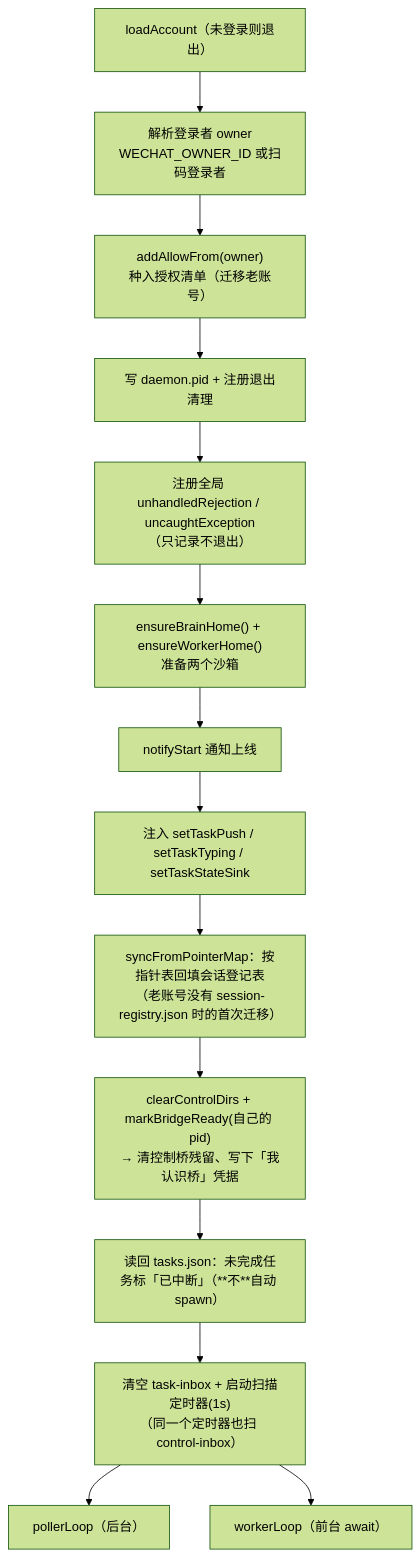
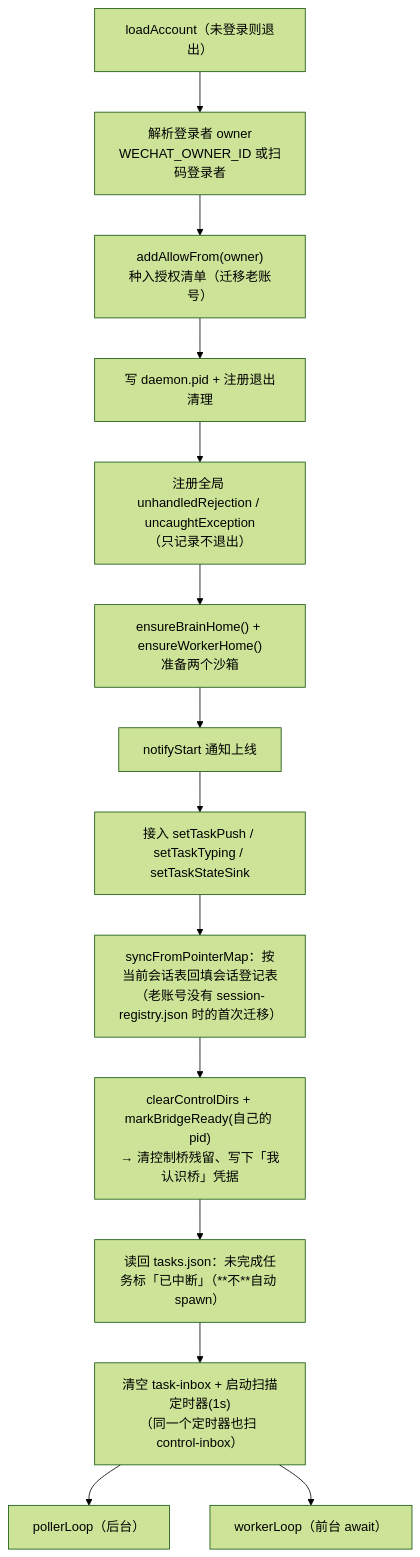
The first of 4 diagrams in docs/repowiki/05-守护进程-Daemon.md (imwangpan/WeMind), drawn with Mermaid (forest theme) before and after one commit. The commit also changed other lines of this file and 57 other files, not shown here.

````diff
--- a/docs/repowiki/05-守护进程-Daemon.md
+++ b/docs/repowiki/05-守护进程-Daemon.md
@@ -37,16 +37,16 @@
 ```mermaid
 graph TD
     A["loadAccount（未登录则退出）"] --> B["解析登录者 owner<br/>WECHAT_OWNER_ID 或扫码登录者"]
     B --> C["addAllowFrom(owner)<br/>种入授权清单（迁移老账号）"]
     C --> D["写 daemon.pid + 注册退出清理"]
     D --> E["注册全局 unhandledRejection / uncaughtException<br/>（只记录不退出）"]
     E --> F["ensureBrainHome() + ensureWorkerHome()<br/>准备两个沙箱"]
     F --> G["notifyStart 通知上线"]
-    G --> H["注入 setTaskPush / setTaskTyping / setTaskStateSink"]
-    H --> I["syncFromPointerMap：按指针表回填会话登记表<br/>（老账号没有 session-registry.json 时的首次迁移）"]
+    G --> H["接入 setTaskPush / setTaskTyping / setTaskStateSink"]
+    H --> I["syncFromPointerMap：按当前会话表回填会话登记表<br/>（老账号没有 session-registry.json 时的首次迁移）"]
     I --> J["clearControlDirs + markBridgeReady(自己的 pid)<br/>→ 清控制桥残留、写下「我认识桥」凭据"]
     J --> K["读回 tasks.json：未完成任务标「已中断」（**不**自动 spawn）"]
     K --> L["清空 task-inbox + 启动扫描定时器(1s)<br/>（同一个定时器也扫 control-inbox）"]
     L --> M["pollerLoop（后台）"]
     L --> N["workerLoop（前台 await）"]
 ```
````
